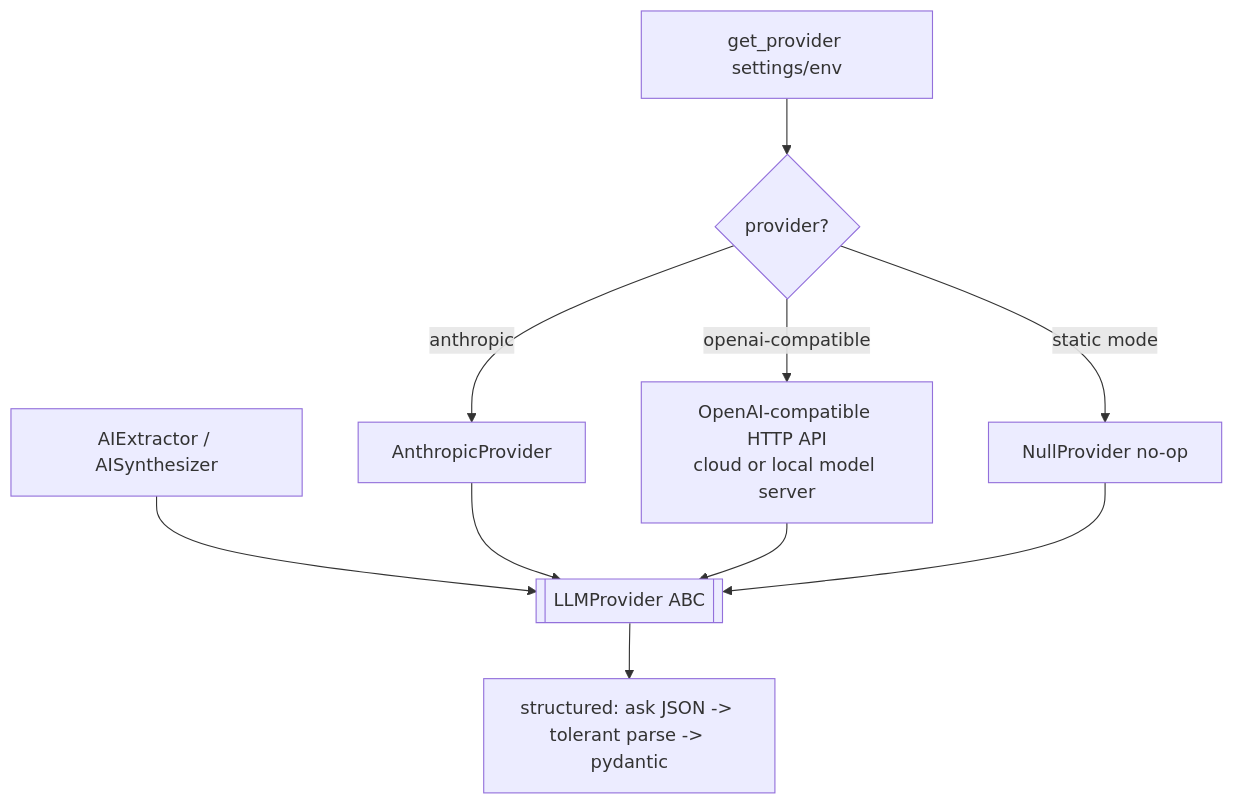
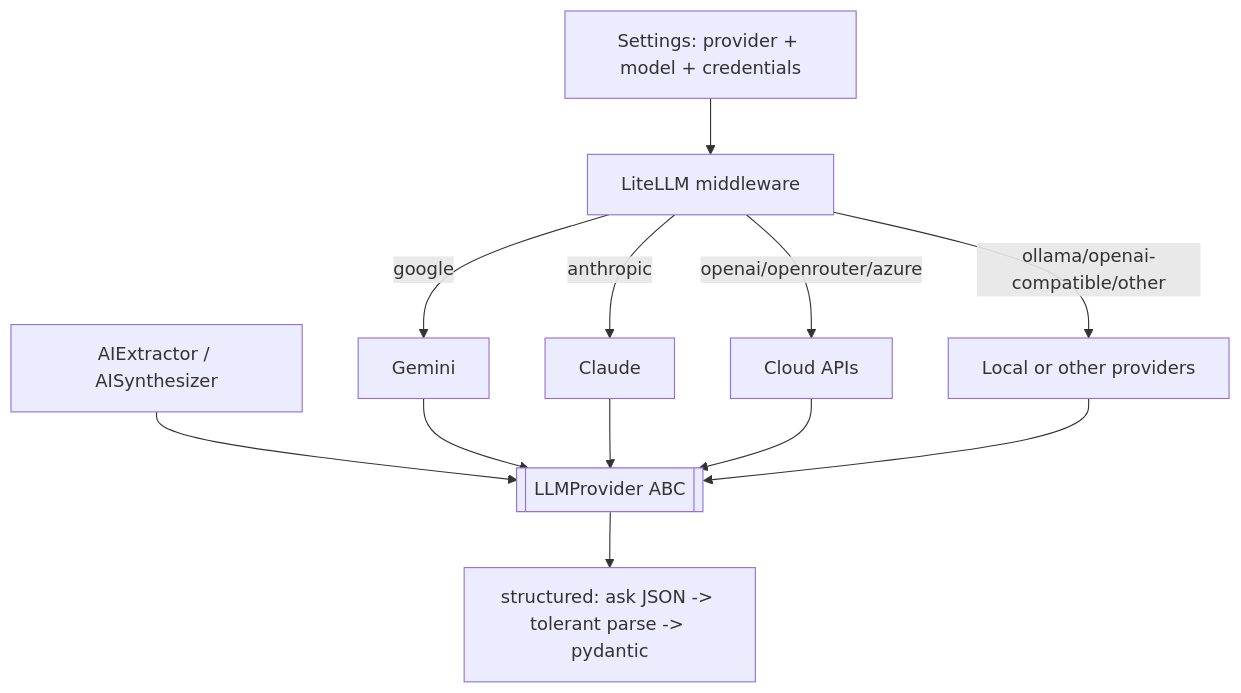
The diagram in src/resume_builder/llm/README.md (JohnAndrewBalbarosa/pytorch-fit-system), drawn with Mermaid before and after one commit. The commit also changed other lines of this file and 12 other files, not shown here.

````diff
--- a/src/resume_builder/llm/README.md
+++ b/src/resume_builder/llm/README.md
@@ -20,10 +20,11 @@
 ```mermaid
 flowchart TD
     Stage[AIExtractor / AISynthesizer] --> ABC[[LLMProvider ABC]]
-    Reg[get_provider settings/env] --> Pick{provider?}
-    Pick -->|anthropic| AN[AnthropicProvider]
-    Pick -->|openai-compatible| OA[OpenAI-compatible HTTP API<br/>cloud or local model server]
-    Pick -->|static mode| NU[NullProvider no-op]
-    AN & OA & NU --> ABC
+    Config[Settings: provider + model + credentials] --> MW[LiteLLM middleware]
+    MW -->|google| GO[Gemini]
+    MW -->|anthropic| AN[Claude]
+    MW -->|openai/openrouter/azure| OA[Cloud APIs]
+    MW -->|ollama/openai-compatible/other| LO[Local or other providers]
+    GO & AN & OA & LO --> ABC
     ABC --> Str[structured: ask JSON -> tolerant parse -> pydantic]
 ```
````
